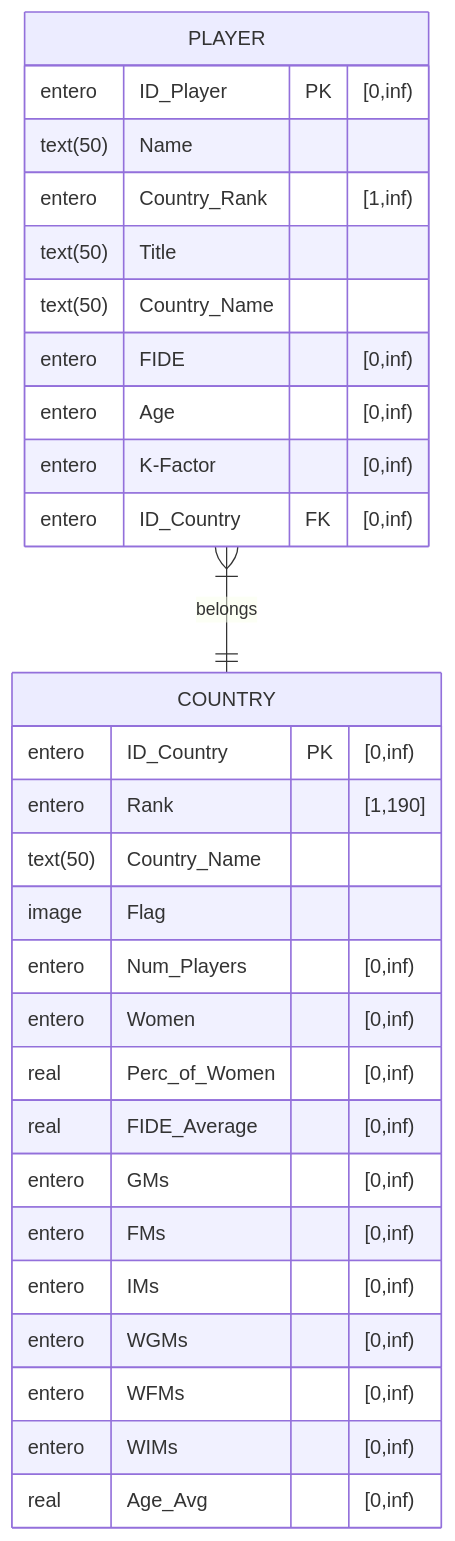
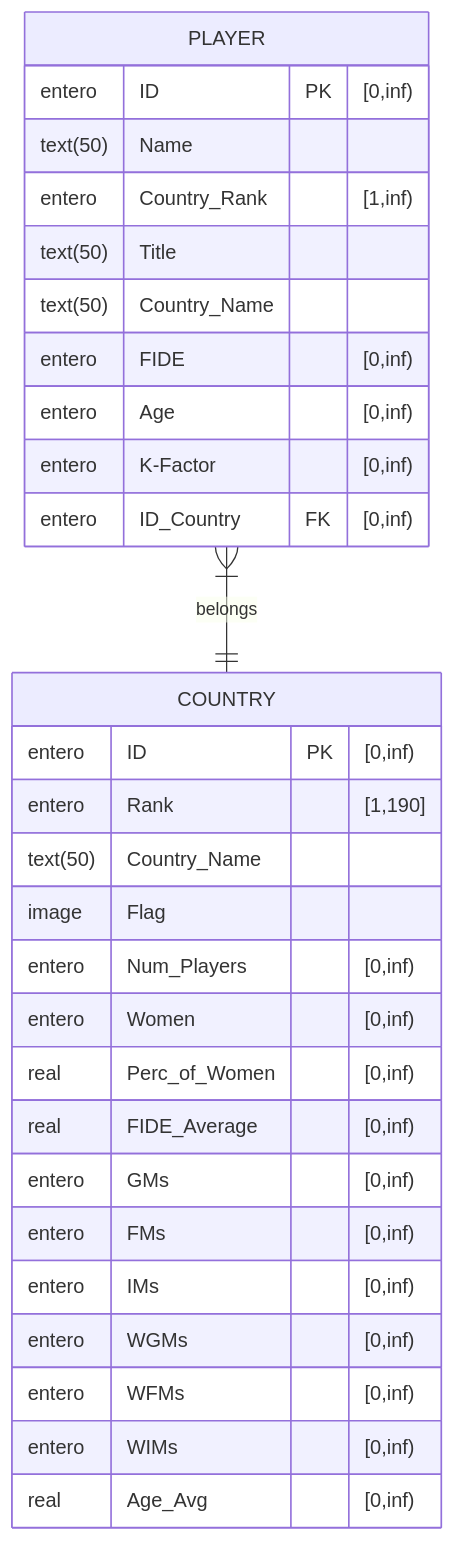
One commit to HelenaCarrillo/BDR changed the diagram in TAREA3.md. Above: the diagram before and after it, drawn with Mermaid. The commit also changed other lines of this file, not shown here.

````diff
--- a/TAREA3.md
+++ b/TAREA3.md
@@ -7,34 +9,34 @@
 ```mermaid
 erDiagram
 PLAYER}|--||COUNTRY:belongs
 PLAYER{
-    entero ID_Player PK "[0,inf)"
+    entero ID PK "[0,inf)"
     text(50) Name
     entero Country_Rank "[1,inf)"
     text(50) Title
     text(50) Country_Name
     entero FIDE "[0,inf)"
     entero Age "[0,inf)"
     entero K-Factor "[0,inf)"
     entero ID_Country FK "[0,inf)"
 
 }
     
 COUNTRY {
-    entero ID_Country PK "[0,inf)"
+    entero ID PK "[0,inf)"
     entero Rank "[1,190]" 
     text(50) Country_Name
     image Flag 
     entero Num_Players "[0,inf)"
     entero Women "[0,inf)"
     real Perc_of_Women "[0,inf)"
     real FIDE_Average "[0,inf)"
     entero GMs "[0,inf)"
     entero FMs "[0,inf)"
     entero IMs "[0,inf)"
     entero WGMs "[0,inf)"
     entero WFMs "[0,inf)"
     entero WIMs "[0,inf)"
     real Age_Avg "[0,inf)"
 } 
 ```
````
